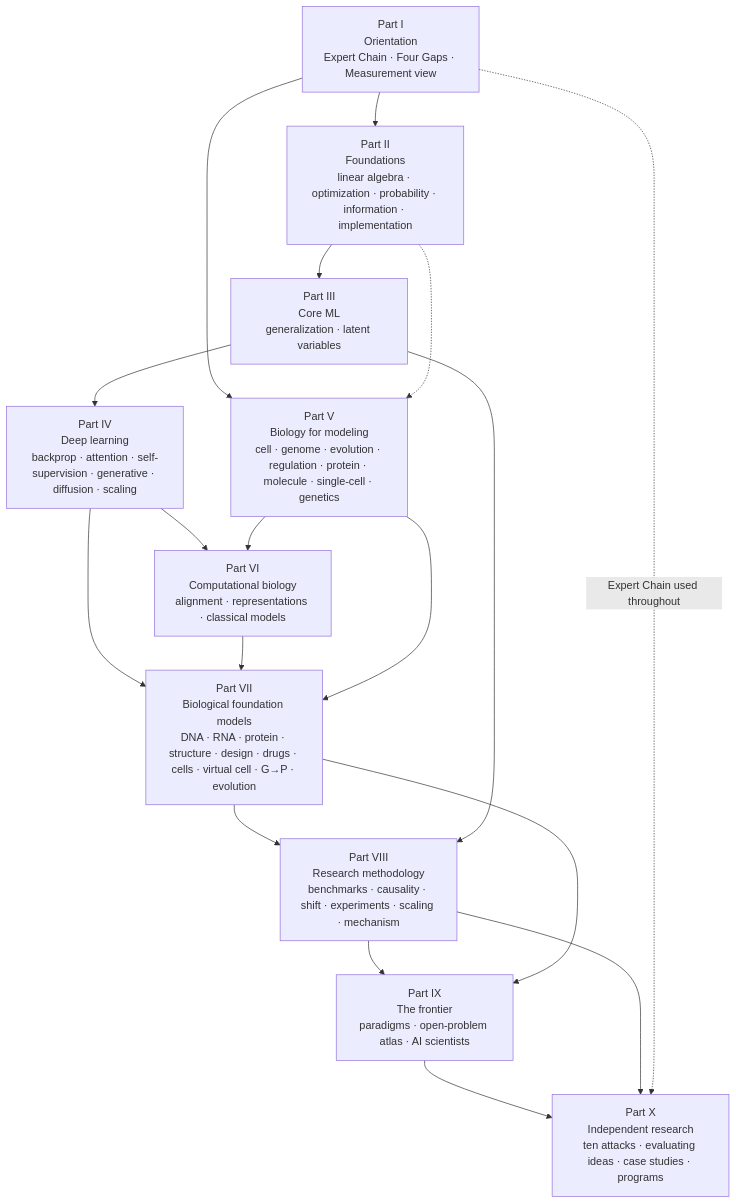
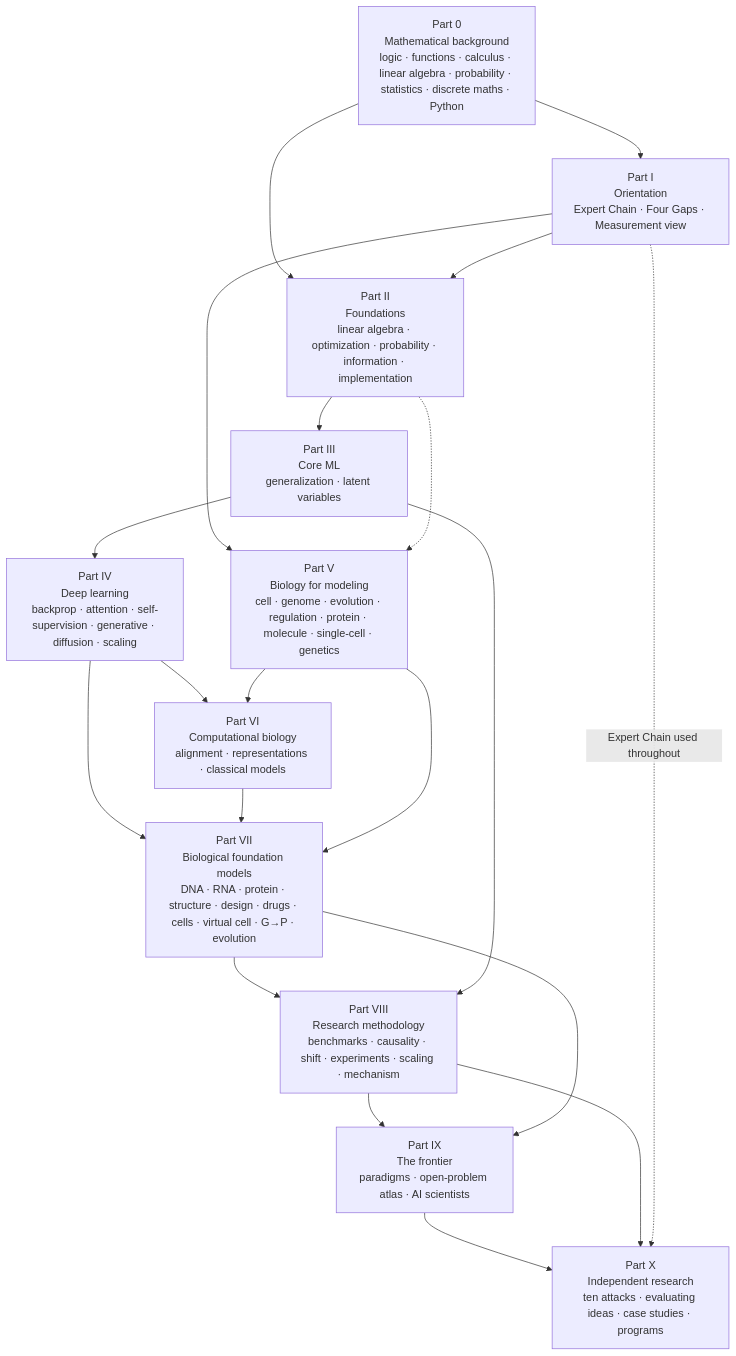
The first of 13 diagrams in docs/front/dependency-graph.md (namknnguyen/ai-for-biology-book), drawn with Mermaid before and after one commit. The commit also changed 48 other files, not shown here.

First line of the commit message:
Add Part 0: mathematical background for first-year readers (guide + chapters M1-M10)

````diff
--- a/docs/front/dependency-graph.md
+++ b/docs/front/dependency-graph.md
@@ -7,29 +7,32 @@
 ```mermaid
 flowchart TD
+  P0["Part 0<br/>Mathematical background<br/>logic · functions · calculus · linear algebra · probability · statistics · discrete maths · Python"]
   P1["Part I<br/>Orientation<br/>Expert Chain · Four Gaps · Measurement view"]
   P2["Part II<br/>Foundations<br/>linear algebra · optimization · probability · information · implementation"]
   P3["Part III<br/>Core ML<br/>generalization · latent variables"]
   P4["Part IV<br/>Deep learning<br/>backprop · attention · self-supervision · generative · diffusion · scaling"]
   P5["Part V<br/>Biology for modeling<br/>cell · genome · evolution · regulation · protein · molecule · single-cell · genetics"]
   P6["Part VI<br/>Computational biology<br/>alignment · representations · classical models"]
   P7["Part VII<br/>Biological foundation models<br/>DNA · RNA · protein · structure · design · drugs · cells · virtual cell · G→P · evolution"]
   P8["Part VIII<br/>Research methodology<br/>benchmarks · causality · shift · experiments · scaling · mechanism"]
   P9["Part IX<br/>The frontier<br/>paradigms · open-problem atlas · AI scientists"]
   P10["Part X<br/>Independent research<br/>ten attacks · evaluating ideas · case studies · programs"]
 
+  P0 --> P1
+  P0 --> P2
   P1 --> P2 --> P3 --> P4
   P1 --> P5
   P2 -.-> P5
   P4 --> P6
   P5 --> P6
   P4 --> P7
   P6 --> P7
   P5 --> P7
   P7 --> P8
   P3 --> P8
   P8 --> P9
   P7 --> P9
   P9 --> P10
   P8 --> P10
   P1 -. "Expert Chain used throughout" .-> P10
 ```
````
